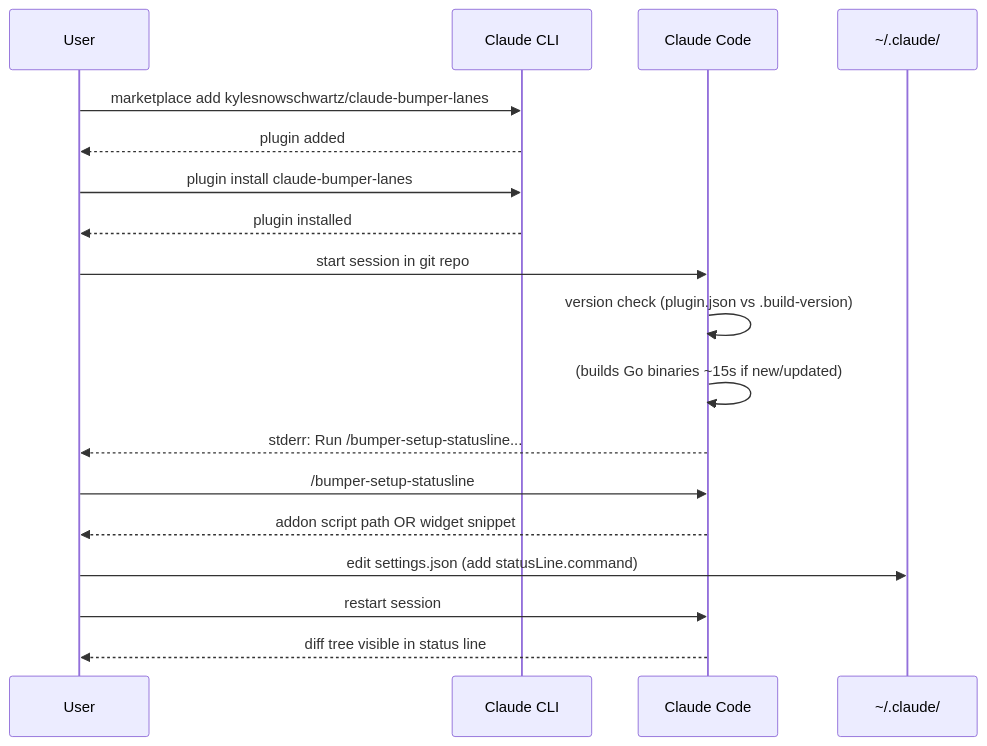
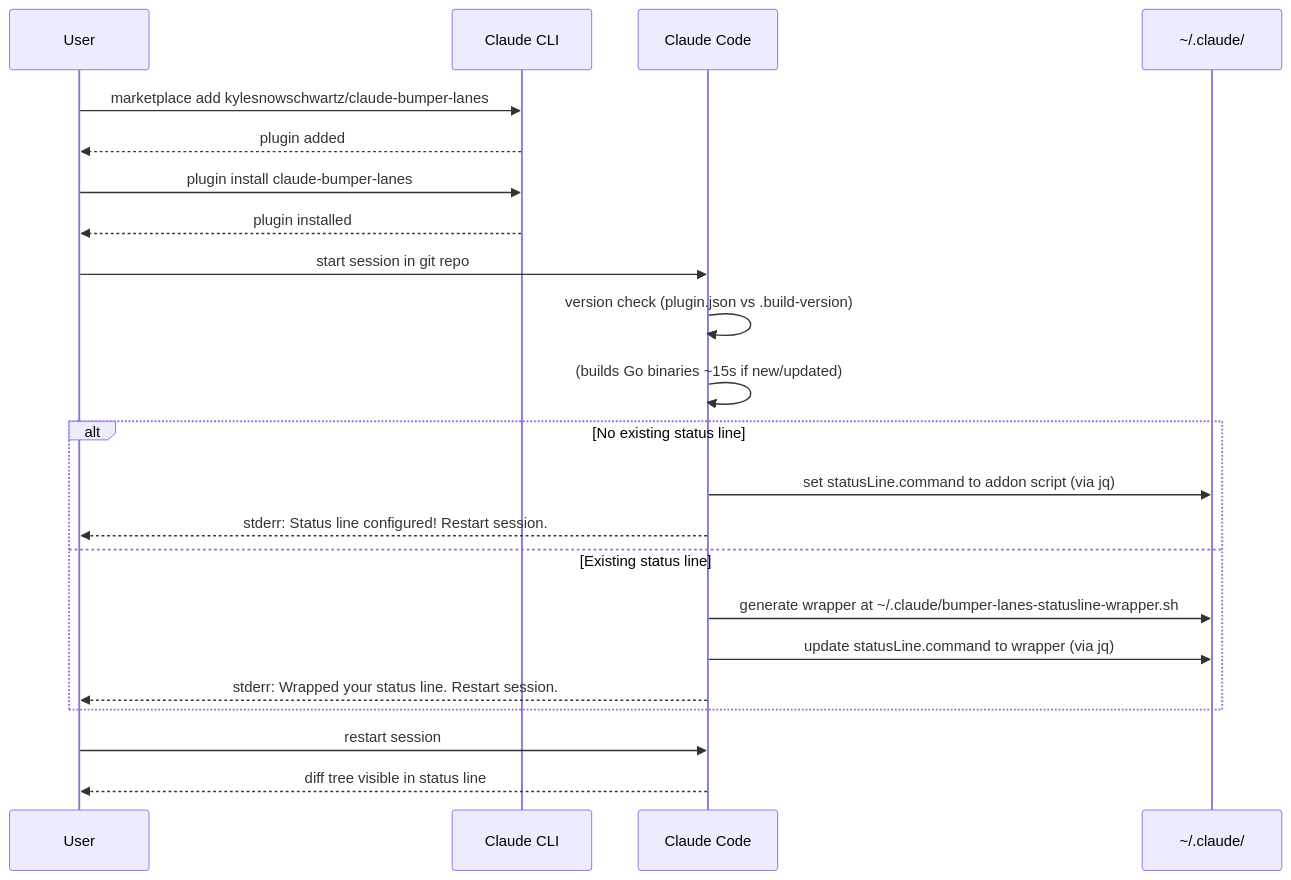
Before and after one commit to kylesnowschwartz/claude-bumper-lanes: the diagram in docs/onboarding-sequence.mmd, drawn with Mermaid. The commit also changed 2 other files, not shown here.

Commit message:
docs: update onboarding sequence for auto-setup flow
Reflect v2.1.0 changes: auto-setup replaces manual config.
Add docs maintenance reminder to CLAUDE.md.

```diff
--- a/docs/onboarding-sequence.mmd
+++ b/docs/onboarding-sequence.mmd
@@ -1,46 +1,53 @@
 %% Onboarding Flow: Plugin install → working status line
 %% Render: cat onboarding-sequence.mmd | mermaid-ascii -f -
 %% Focus: User-facing steps only (internal details omitted)
 
 sequenceDiagram
     participant User
     participant CLI as Claude CLI
     participant CC as Claude Code
     participant FS as ~/.claude/
 
     %% Phase 1: Plugin Installation (two commands)
     User->>CLI: marketplace add kylesnowschwartz/claude-bumper-lanes
     CLI-->>User: plugin added
 
     User->>CLI: plugin install claude-bumper-lanes
     CLI-->>User: plugin installed
 
-    %% Phase 2: First Session (builds binaries)
+    %% Phase 2: First Session (auto-setup)
     User->>CC: start session in git repo
     CC->>CC: version check (plugin.json vs .build-version)
     CC->>CC: (builds Go binaries ~15s if new/updated)
-    CC-->>User: stderr: Run /bumper-setup-statusline...
 
-    %% Phase 3: Status Line Setup
-    User->>CC: /bumper-setup-statusline
-    CC-->>User: addon script path OR widget snippet
+    %% Auto-setup status line
+    alt No existing status line
+        CC->>FS: set statusLine.command to addon script (via jq)
+        CC-->>User: stderr: Status line configured! Restart session.
+    else Existing status line
+        CC->>FS: generate wrapper at ~/.claude/bumper-lanes-statusline-wrapper.sh
+        CC->>FS: update statusLine.command to wrapper (via jq)
+        CC-->>User: stderr: Wrapped your status line. Restart session.
+    end
 
-    %% Phase 4: Manual Configuration
-    User->>FS: edit settings.json (add statusLine.command)
+    %% Phase 3: Working
     User->>CC: restart session
     CC-->>User: diff tree visible in status line
 
 %% ============================================================
 %% VALIDATION REFERENCES
 %% ============================================================
 %% - Plugin install: README.md:24-27
-%% - Version sentinel: scripts/ensure-binaries.sh (compares plugin.json vs bin/.build-version)
-%% - Setup prompt: internal/hooks/session_start.go:44-48
-%% - Setup command: internal/hooks/prompt_handler.go:306-342
+%% - Version sentinel: scripts/ensure-binaries.sh
+%% - Auto-setup: internal/hooks/session_start.go:setupStatusLineWrapper()
+%% - Wrapper generation: internal/hooks/session_start.go:generateWrapper()
+%% - Settings update: internal/hooks/session_start.go:updateSettingsWithJq()
 %%
-%% PAIN POINTS (5 friction sources)
-%% 1. Two CLI commands required (marketplace add + install)
-%% 2. 10-15s compile delay on first session start
-%% 3. One-time stderr prompt easy to miss in output noise
-%% 4. Manual JSON editing required for status line
-%% 5. Session restart required to see diff tree
+%% RESOLVED PAIN POINTS (v2.1.0)
+%% 1. Two CLI commands required - UNCHANGED (Claude Code limitation)
+%% 2. 10-15s compile delay - UNCHANGED (Go build required)
+%% 3. One-time stderr prompt easy to miss - NOW: auto-setup, no action needed
+%% 4. Manual JSON editing required - NOW: auto via jq
+%% 5. Session restart required - UNCHANGED (Claude Code limitation)
+%%
+%% OPT-OUT: Set "auto_statusline": false in .git/bumper-config.json
```
